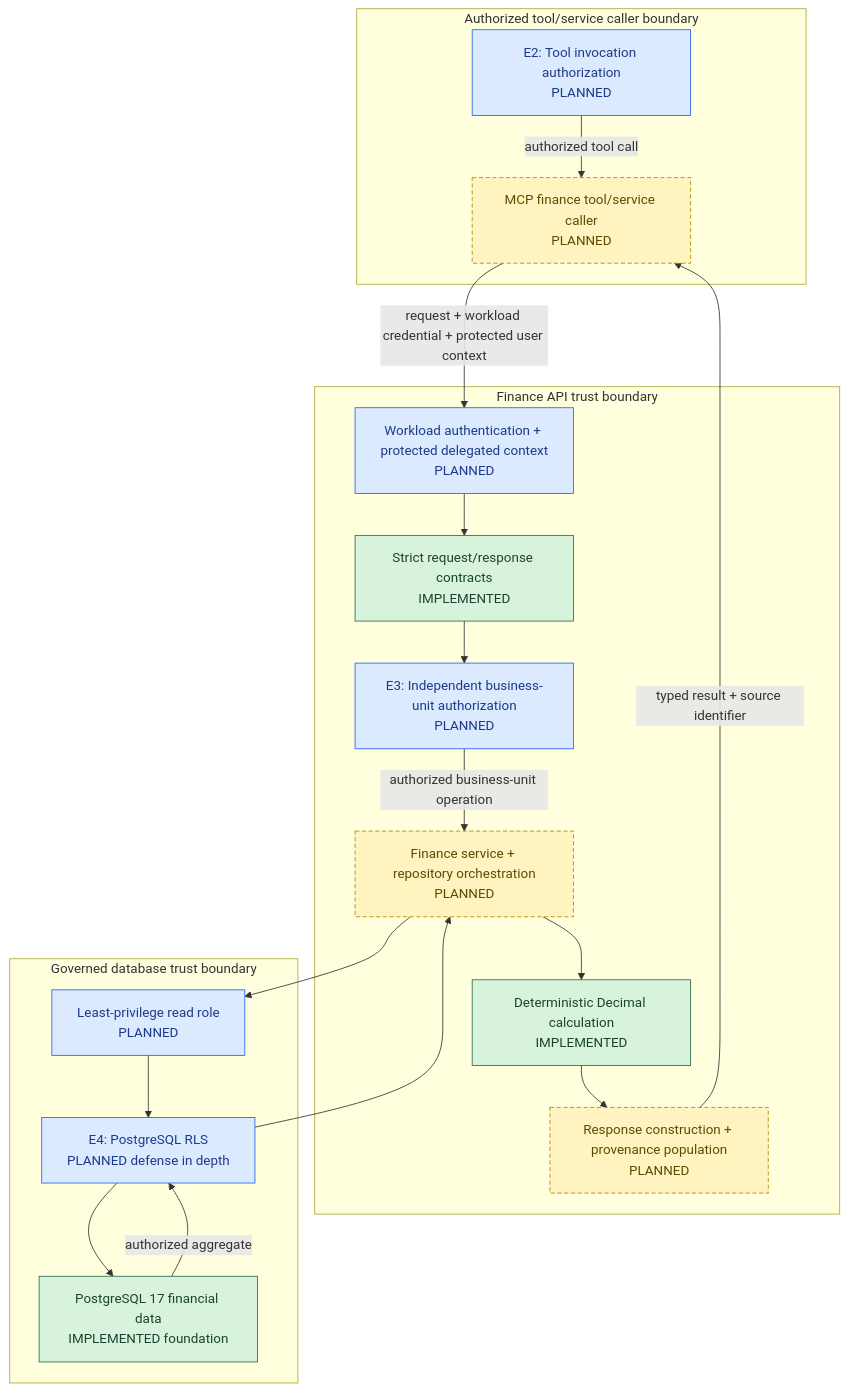
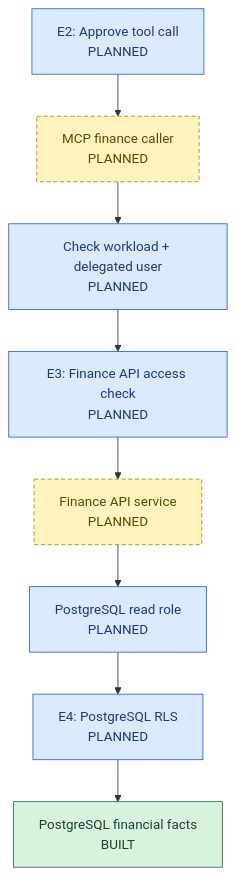
The first of 3 diagrams in docs/03_Finance_API_Architecture_And_Implementation.md (AmanpreetSingh-GitHub/Finance-Intelligence-And-Investigation-Platform), drawn with Mermaid before and after one commit. The commit also changed other lines of this file and 2 other files, not shown here.

Commit message:
Finalize FIN-AI enterprise and capability architecture designs

````diff
--- a/docs/03_Finance_API_Architecture_And_Implementation.md
+++ b/docs/03_Finance_API_Architecture_And_Implementation.md
@@ -13,40 +10,17 @@
 ```mermaid
 flowchart TB
-    classDef implemented fill:#d8f3dc,stroke:#2d6a4f,color:#1b4332
-    classDef planned fill:#fff3bf,stroke:#b08900,color:#5f4b00,stroke-dasharray: 5 3
+    classDef built fill:#d8f3dc,stroke:#2d6a4f,color:#1b4332
+    classDef planned fill:#fff3bf,stroke:#b08900,color:#5f4b00,stroke-dasharray:5 3
     classDef control fill:#dbeafe,stroke:#2563eb,color:#1e3a8a
 
-    subgraph CALLER["Authorized tool/service caller boundary"]
-        E2["E2: Tool invocation authorization\nPLANNED"]:::control
-        MCP["MCP finance tool/service caller\nPLANNED"]:::planned
-    end
+    E2["E2: Approve tool call\nPLANNED"]:::control
+    MCP["MCP finance caller\nPLANNED"]:::planned
+    AUTH["Check workload + delegated user\nPLANNED"]:::control
+    E3["E3: Finance API access check\nPLANNED"]:::control
+    API["Finance API service\nPLANNED"]:::planned
+    ROLE["PostgreSQL read role\nPLANNED"]:::control
+    E4["E4: PostgreSQL RLS\nPLANNED"]:::control
+    PG["PostgreSQL financial facts\nBUILT"]:::built
 
-    subgraph API["Finance API trust boundary"]
-        INBOUND["Workload authentication + protected delegated context\nPLANNED"]:::control
-        REQUEST["Strict request/response contracts\nIMPLEMENTED"]:::implemented
-        E3["E3: Independent business-unit authorization\nPLANNED"]:::control
-        SERVICE["Finance service + repository orchestration\nPLANNED"]:::planned
-        CALC["Deterministic Decimal calculation\nIMPLEMENTED"]:::implemented
-        BUILD["Response construction + provenance population\nPLANNED"]:::planned
-    end
-
-    subgraph DATA["Governed database trust boundary"]
-        READROLE["Least-privilege read role\nPLANNED"]:::control
-        E4["E4: PostgreSQL RLS\nPLANNED defense in depth"]:::control
-        PG["PostgreSQL 17 financial data\nIMPLEMENTED foundation"]:::implemented
-    end
-
-    E2 -->|"authorized tool call"| MCP
-    MCP -->|"request + workload credential + protected user context"| INBOUND
-    INBOUND --> REQUEST
-    REQUEST --> E3
-    E3 -->|"authorized business-unit operation"| SERVICE
-    SERVICE --> READROLE
-    READROLE --> E4
-    E4 --> PG
-    PG -->|"authorized aggregate"| E4
-    E4 --> SERVICE
-    SERVICE --> CALC
-    CALC --> BUILD
-    BUILD -->|"typed result + source identifier"| MCP
+    E2 --> MCP --> AUTH --> E3 --> API --> ROLE --> E4 --> PG
 ```
````
